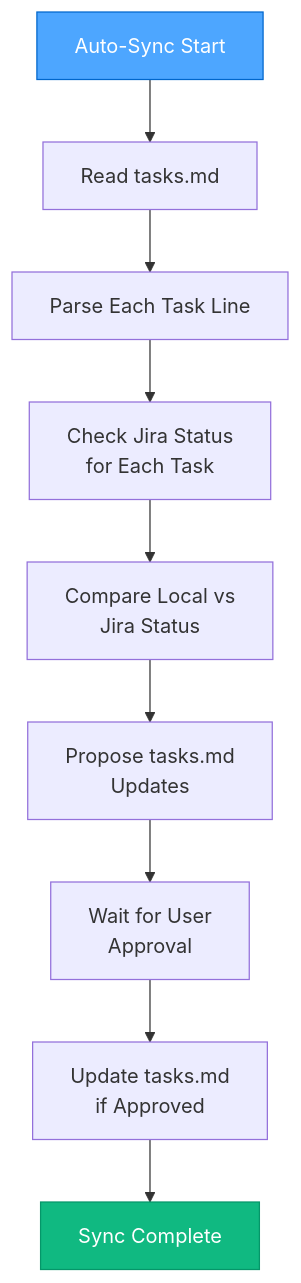
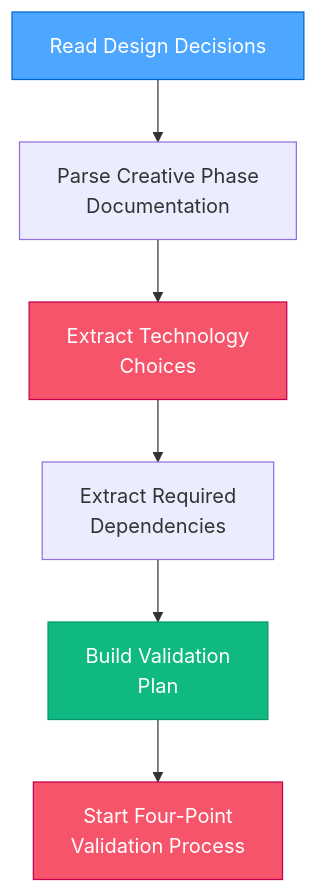
Before and after one commit to ms-moar/cursor-tools: diagram 13 of 13 in .cursor/rules/isolation_rules/visual-maps/van_mode_split/van-mode-map.mdc, drawn with Mermaid. The commit also changed other lines of this file and 36 other files, not shown here.

````diff
--- a/.cursor/rules/isolation_rules/visual-maps/van_mode_split/van-mode-map.mdc
+++ b/.cursor/rules/isolation_rules/visual-maps/van_mode_split/van-mode-map.mdc
@@ -216,14 +804,13 @@
 ```mermaid
 graph TD
-    Sync["Auto-Sync Start"] --> ReadTasks["Read tasks.md"]
-    ReadTasks --> ParseTasks["Parse Each Task Line"]
-    ParseTasks --> CheckJira["Check Jira Status<br>for Each Task"]
-    CheckJira --> CompareStatus["Compare Local vs<br>Jira Status"]
-    CompareStatus --> ProposeUpdates["Propose tasks.md<br>Updates"]
-    ProposeUpdates --> UserApproval["Wait for User<br>Approval"]
-    UserApproval --> UpdateFiles["Update tasks.md<br>if Approved"]
-    UpdateFiles --> SyncComplete["Sync Complete"]
+    Start["Read Design Decisions"] --> ReadCreative["Parse Creative Phase<br>Documentation"]
+    ReadCreative --> ExtractTech["Extract Technology<br>Choices"]
+    ExtractTech --> ExtractDeps["Extract Required<br>Dependencies"]
+    ExtractDeps --> BuildValidationPlan["Build Validation<br>Plan"]
+    BuildValidationPlan --> StartValidation["Start Four-Point<br>Validation Process"]
     
-    style Sync fill:#4da6ff,stroke:#0066cc,color:white
-    style SyncComplete fill:#10b981,stroke:#059669,color:white
+    style Start fill:#4da6ff,stroke:#0066cc,color:white
+    style ExtractTech fill:#f6546a,stroke:#c30052,color:white
+    style BuildValidationPlan fill:#10b981,stroke:#059669,color:white
+    style StartValidation fill:#f6546a,stroke:#c30052,color:white
 ```
````
